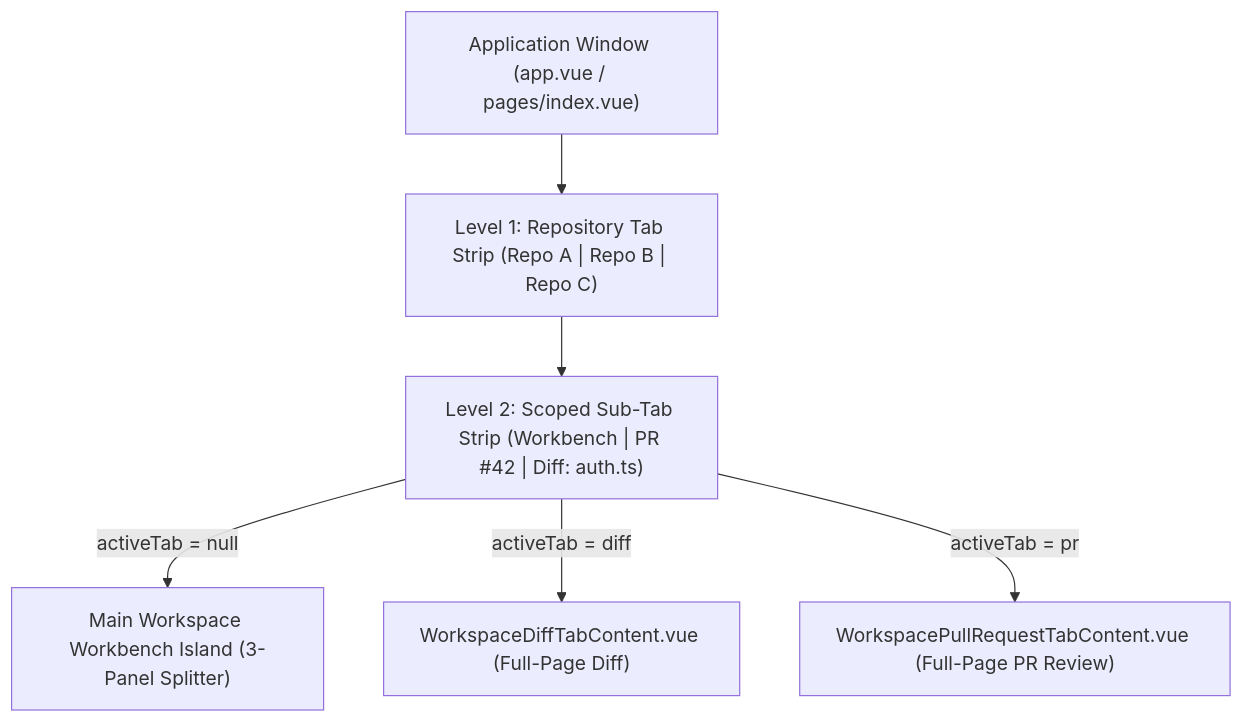
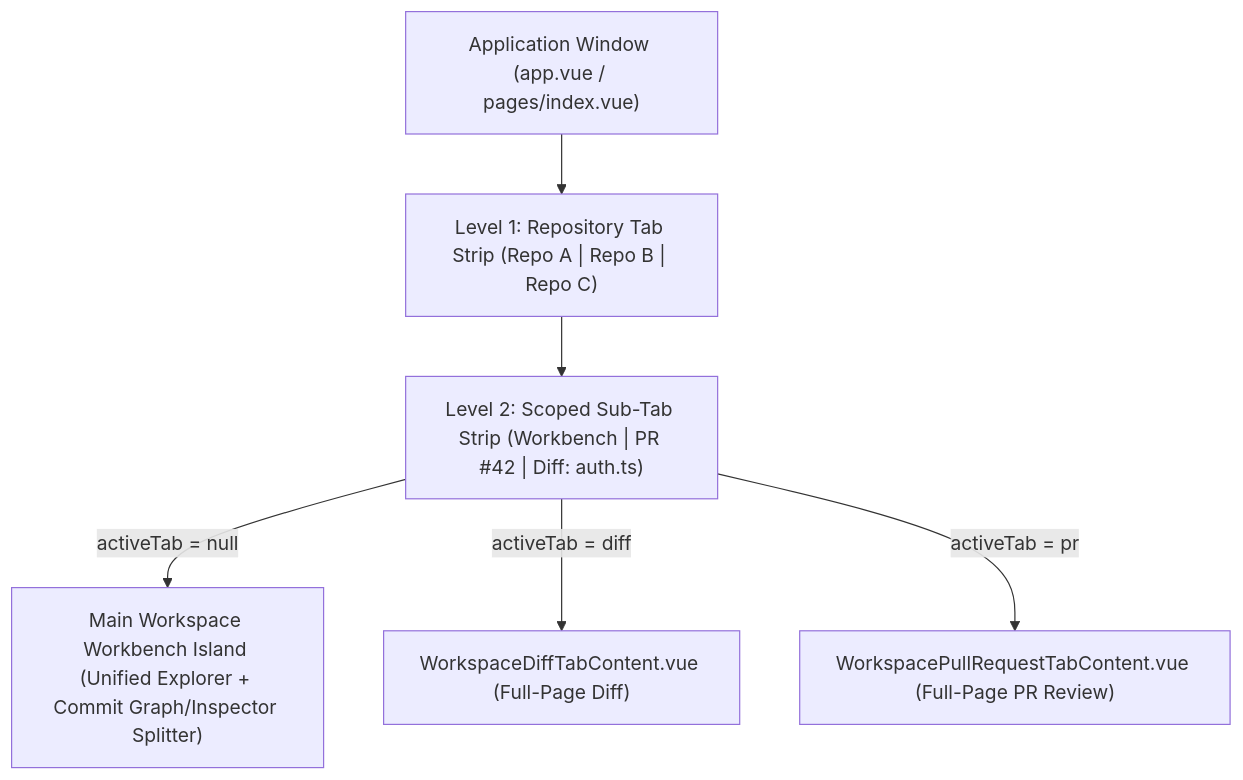
One commit to farshidrezaei/gitverse changed the diagram in docs/modules/WORKSPACE-TABS.md. Above: the diagram before and after it, drawn with Mermaid. The commit also changed 9 other files, not shown here.

Commit message:
feat(workspace): implement unified left navigation explorer

````diff
--- a/docs/modules/WORKSPACE-TABS.md
+++ b/docs/modules/WORKSPACE-TABS.md
@@ -18,16 +18,16 @@
 ```mermaid
 graph TD
     Root["Application Window (app.vue / pages/index.vue)"]
     L1Bar["Level 1: Repository Tab Strip (Repo A | Repo B | Repo C)"]
     L2Bar["Level 2: Scoped Sub-Tab Strip (Workbench | PR #42 | Diff: auth.ts)"]
     
-    WorkbenchIsland["Main Workspace Workbench Island (3-Panel Splitter)"]
+    WorkbenchIsland["Main Workspace Workbench Island (Unified Explorer + Commit Graph/Inspector Splitter)"]
     DiffTabContent["WorkspaceDiffTabContent.vue (Full-Page Diff)"]
     PRTabContent["WorkspacePullRequestTabContent.vue (Full-Page PR Review)"]
 
     Root --> L1Bar
     L1Bar --> L2Bar
     L2Bar -->|activeTab = null| WorkbenchIsland
     L2Bar -->|activeTab = diff| DiffTabContent
     L2Bar -->|activeTab = pr| PRTabContent
 ```
````
